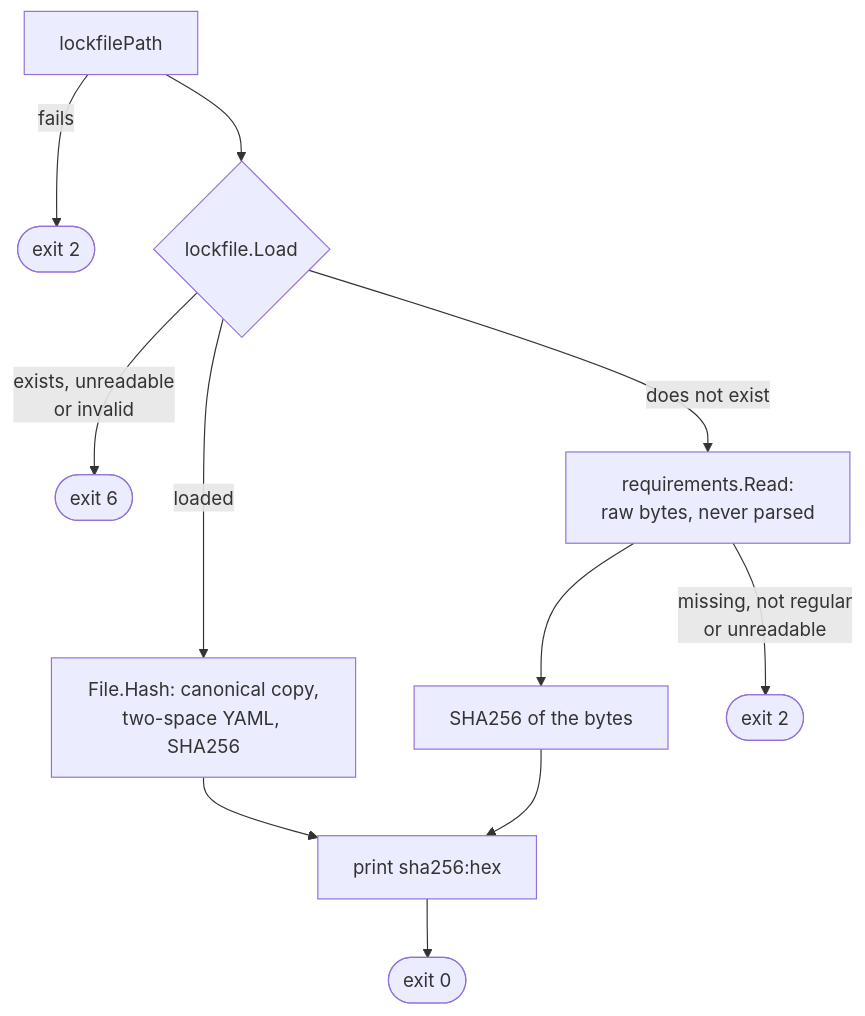
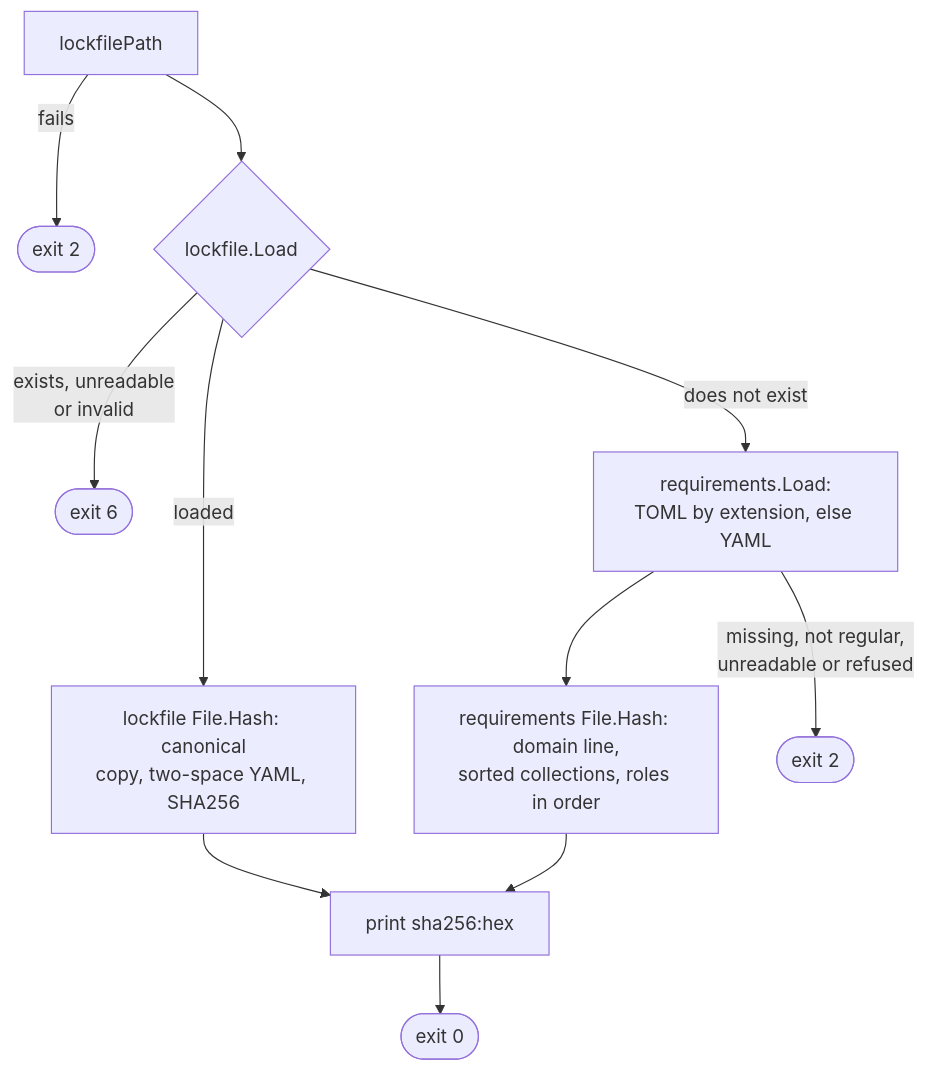
One commit to greeddj/go-galaxy changed the second of 4 diagrams in docs/internals/flow-hash-tree-explain.md. Above: the diagram before and after it, drawn with Mermaid. The commit also changed other lines of this file and 14 other files, not shown here.

````diff
--- a/docs/internals/flow-hash-tree-explain.md
+++ b/docs/internals/flow-hash-tree-explain.md
@@ -37,13 +37,13 @@
 ```mermaid
 flowchart TD
     LP["lockfilePath"] -->|"fails"| X2(["exit 2"])
     LP --> LD{"lockfile.Load"}
     LD -->|"exists, unreadable<br/>or invalid"| X6(["exit 6"])
-    LD -->|"loaded"| H["File.Hash: canonical copy,<br/>two-space YAML, SHA256"]
-    LD -->|"does not exist"| RQ["requirements.Read:<br/>raw bytes, never parsed"]
-    RQ --> SH["SHA256 of the bytes"]
-    RQ -->|"missing, not regular<br/>or unreadable"| X2R(["exit 2"])
+    LD -->|"loaded"| H["lockfile File.Hash: canonical<br/>copy, two-space YAML, SHA256"]
+    LD -->|"does not exist"| RQ["requirements.Load:<br/>TOML by extension, else YAML"]
+    RQ --> SH["requirements File.Hash: domain line,<br/>sorted collections, roles in order"]
+    RQ -->|"missing, not regular,<br/>unreadable or refused"| X2R(["exit 2"])
     H --> PR["print sha256:hex"]
     SH --> PR
     PR --> X0(["exit 0"])
 ```
````
